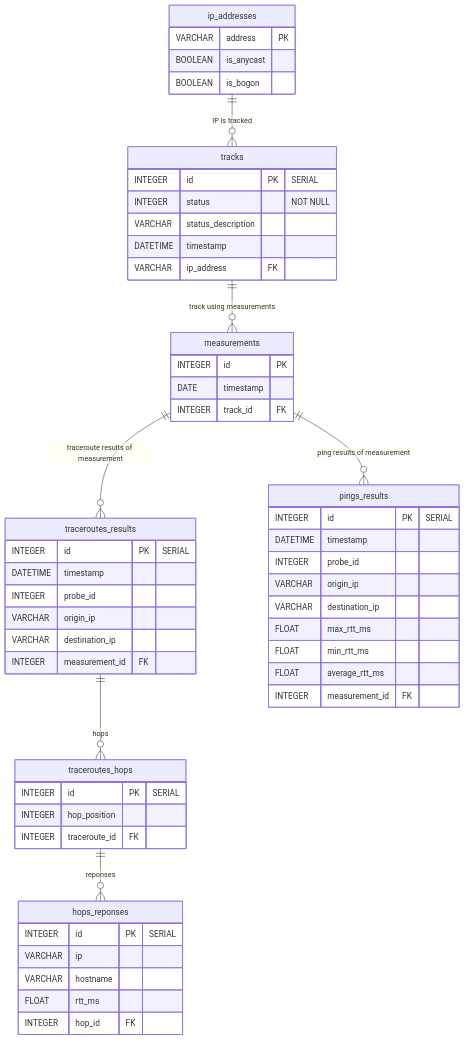
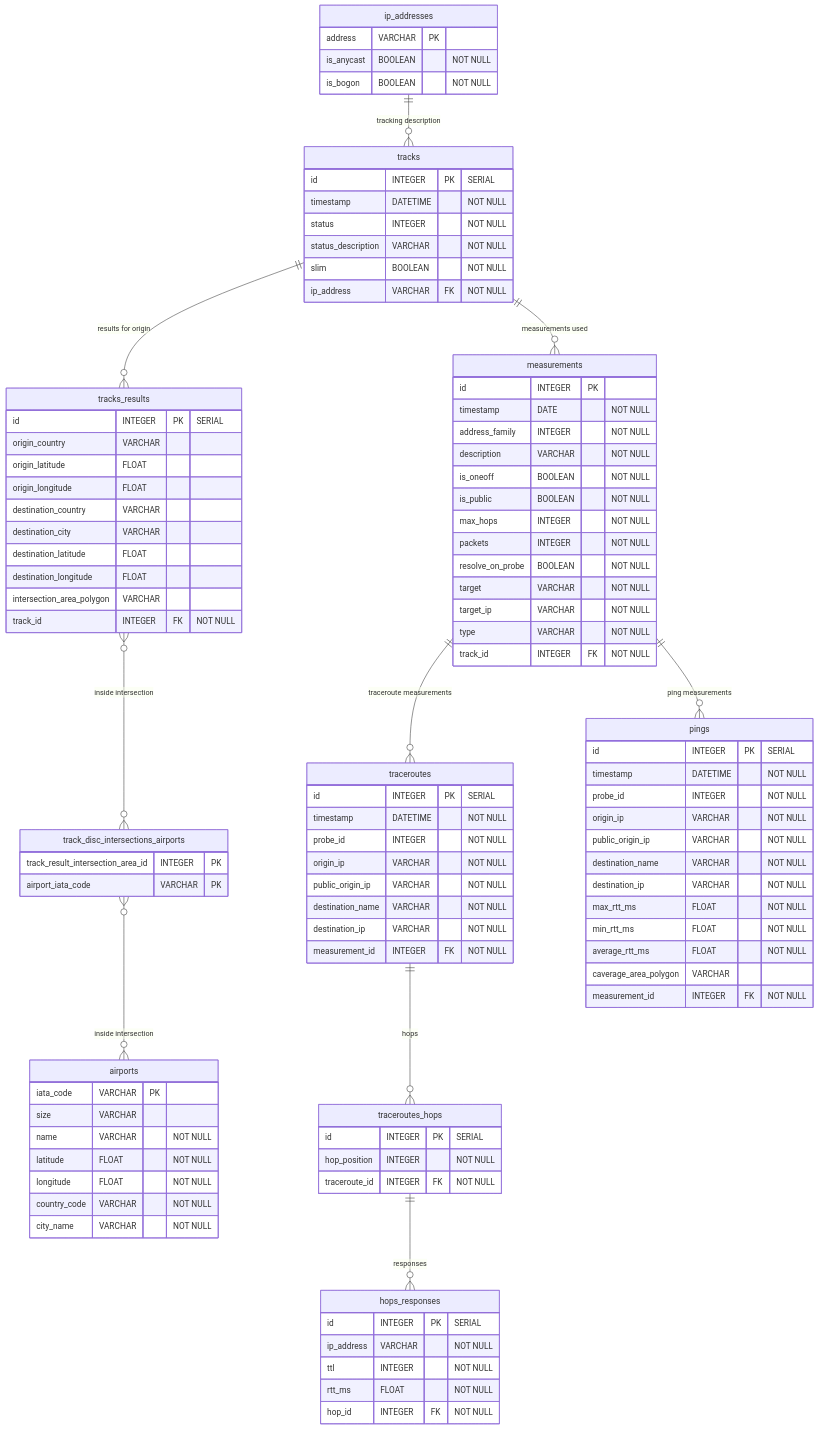
Before and after one commit to STRAST-UPM/Hunter: the diagram in docu/hunter_data_description.md, drawn with Mermaid. The commit also changed other lines of this file and 2 other files, not shown here.

````diff
--- a/docu/hunter_data_description.md
+++ b/docu/hunter_data_description.md
@@ -8,65 +8,113 @@
 ```mermaid
 erDiagram
     ip_addresses {
-        VARCHAR address PK
-        BOOLEAN is_anycast
-        BOOLEAN is_bogon
+        address VARCHAR PK
+        is_anycast BOOLEAN "NOT NULL"
+        is_bogon BOOLEAN "NOT NULL"
+    }
+    
+    airports {
+        iata_code VARCHAR PK
+        size VARCHAR
+        name VARCHAR "NOT NULL"
+        latitude FLOAT "NOT NULL"
+        longitude FLOAT "NOT NULL"
+        country_code VARCHAR "NOT NULL"
+        city_name VARCHAR "NOT NULL"
     }
     
     tracks{
-        INTEGER id PK "SERIAL"
-        INTEGER status "NOT NULL"
-        VARCHAR status_description
-        DATETIME timestamp
-        VARCHAR ip_address FK
+        id INTEGER PK "SERIAL"
+        timestamp DATETIME "NOT NULL"
+        status INTEGER "NOT NULL"
+        status_description VARCHAR "NOT NULL"
+        slim BOOLEAN "NOT NULL"
+        ip_address VARCHAR FK "NOT NULL"
+    }
+    
+    tracks_results {
+        id INTEGER PK "SERIAL"
+        origin_country VARCHAR
+        origin_latitude FLOAT
+        origin_longitude FLOAT
+        destination_country VARCHAR
+        destination_city VARCHAR
+        destination_latitude FLOAT
+        destination_longitude FLOAT
+        intersection_area_polygon VARCHAR
+        track_id INTEGER FK "NOT NULL"
+    }
+    
+    track_disc_intersections_airports {
+        track_result_intersection_area_id INTEGER PK
+        airport_iata_code VARCHAR PK
     }
     
     measurements {
-        INTEGER id PK
-        DATE timestamp
-        INTEGER track_id FK
+        id INTEGER PK
+        timestamp DATE "NOT NULL"
+        address_family INTEGER "NOT NULL"
+        description VARCHAR "NOT NULL"
+        is_oneoff BOOLEAN "NOT NULL"
+        is_public BOOLEAN "NOT NULL" 
+        max_hops INTEGER "NOT NULL" 
+        packets INTEGER "NOT NULL"
+        resolve_on_probe BOOLEAN "NOT NULL"
+        target VARCHAR "NOT NULL"
+        target_ip VARCHAR "NOT NULL"
+        type VARCHAR "NOT NULL"
+        track_id INTEGER FK "NOT NULL"
     }
     
-    traceroutes_results {
-        INTEGER id PK "SERIAL"
-        DATETIME timestamp 
-        INTEGER probe_id
-        VARCHAR origin_ip
-        VARCHAR destination_ip
-        INTEGER measurement_id FK
+    traceroutes {
+        id INTEGER PK "SERIAL"
+        timestamp DATETIME "NOT NULL"
+        probe_id INTEGER "NOT NULL"
+        origin_ip VARCHAR "NOT NULL"
+        public_origin_ip VARCHAR "NOT NULL"
+        destination_name VARCHAR "NOT NULL"
+        destination_ip VARCHAR "NOT NULL"
+        measurement_id INTEGER FK "NOT NULL"
     }
     
     traceroutes_hops {
-        INTEGER id PK "SERIAL"
-        INTEGER hop_position
-        INTEGER traceroute_id FK
+        id INTEGER PK "SERIAL"
+        hop_position INTEGER "NOT NULL"
+        traceroute_id INTEGER FK "NOT NULL"
     }
 
-    hops_reponses {
-        INTEGER id PK "SERIAL"
-        VARCHAR ip 
-        VARCHAR hostname
-        FLOAT rtt_ms
-        INTEGER hop_id FK
+    hops_responses {
+        id INTEGER PK "SERIAL"
+        ip_address VARCHAR "NOT NULL"
+        ttl INTEGER "NOT NULL"
+        rtt_ms FLOAT "NOT NULL"
+        hop_id INTEGER FK "NOT NULL"
     }
 
-    pings_results {
-        INTEGER id PK "SERIAL"
-        DATETIME timestamp
-        INTEGER probe_id
-        VARCHAR origin_ip
-        VARCHAR destination_ip
-        FLOAT max_rtt_ms
-        FLOAT min_rtt_ms
-        FLOAT average_rtt_ms
-        INTEGER measurement_id FK
+    pings {
+        id INTEGER PK "SERIAL"
+        timestamp DATETIME "NOT NULL"
+        probe_id INTEGER "NOT NULL"
+        origin_ip VARCHAR "NOT NULL"
+        public_origin_ip VARCHAR "NOT NULL"
+        destination_name VARCHAR "NOT NULL"
+        destination_ip VARCHAR "NOT NULL"
+        max_rtt_ms FLOAT "NOT NULL"
+        min_rtt_ms FLOAT "NOT NULL"
+        average_rtt_ms FLOAT "NOT NULL"
+        caverage_area_polygon VARCHAR
+        measurement_id INTEGER FK "NOT NULL"
     }
     
     %% Relations
-    ip_addresses ||--o{ tracks : "IP is tracked"
-    tracks ||--o{ measurements : "track using measurements"
-    measurements ||--o{ traceroutes_results : "traceroute results of measurement"
-    traceroutes_results ||--o{ traceroutes_hops : "hops"
-    traceroutes_hops ||--o{ hops_reponses : "reponses"
-    measurements ||--o{ pings_results : "ping results of measurement"
+    ip_addresses ||--o{ tracks : "tracking description"
+    tracks ||--o{ tracks_results : "results for origin"
+    tracks_results }o--o{ track_disc_intersections_airports : "inside intersection"
+    track_disc_intersections_airports }o--o{ airports : "inside intersection"
+    
+    tracks ||--o{ measurements : "measurements used"
+    measurements ||--o{ traceroutes : "traceroute measurements"
+    traceroutes ||--o{ traceroutes_hops : "hops"
+    traceroutes_hops ||--o{ hops_responses : "responses"
+    measurements ||--o{ pings : "ping measurements"
 ```
````
